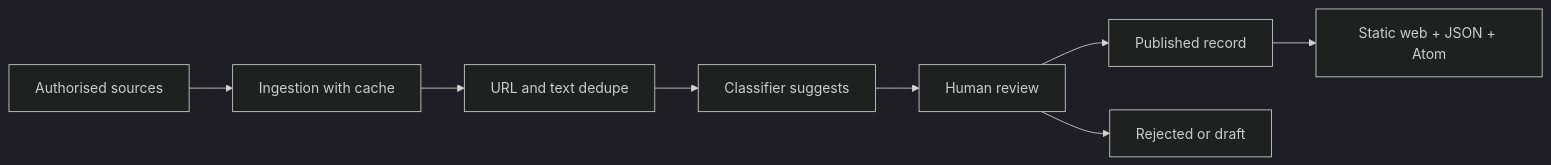
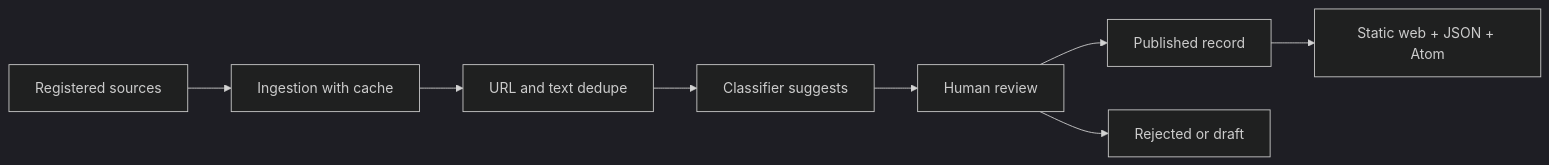
One commit to mcasrom/zona-gris-atlas changed the diagram in README.en.md. Above: the diagram before and after it, drawn with Mermaid (dark theme). The commit also changed other lines of this file and 21 other files, not shown here.

````diff
--- a/README.en.md
+++ b/README.en.md
@@ -28,10 +28,10 @@
 ```mermaid
 flowchart LR
-  A[Authorised sources] --> B[Ingestion with cache]
+  A[Registered sources] --> B[Ingestion with cache]
   B --> C[URL and text dedupe]
   C --> D[Classifier suggests]
   D --> E[Human review]
   E --> F[Published record]
   F --> G[Static web + JSON + Atom]
   E --> X[Rejected or draft]
 ```
````
